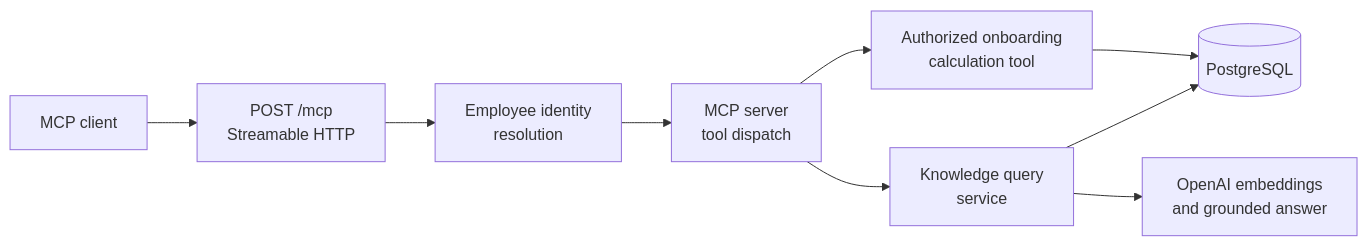
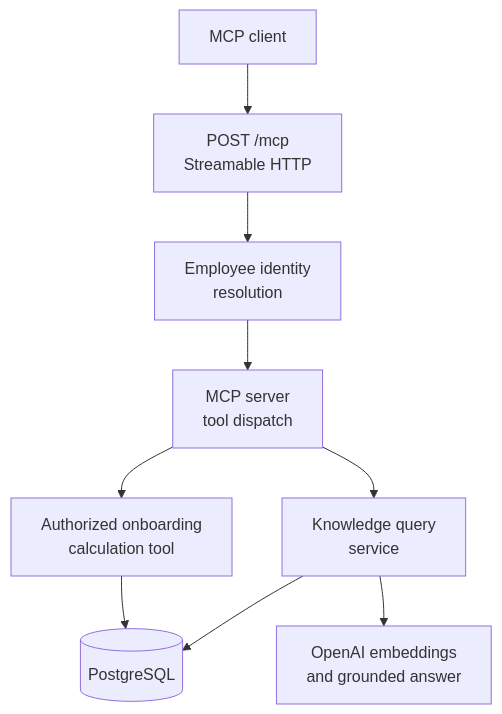
One commit to ramioooz/hcm-agentic-llmops changed the first of 2 diagrams in docs/mcp.md. Above: the diagram before and after it, drawn with Mermaid. The commit also changed 3 other files, not shown here.

````diff
--- a/docs/mcp.md
+++ b/docs/mcp.md
@@ -46,11 +46,11 @@
 ```mermaid
-flowchart LR
+flowchart TD
     CLIENT["MCP client"] --> MCP["POST /mcp<br/>Streamable HTTP"]
     MCP --> ID["Employee identity<br/>resolution"]
     ID --> SDK["MCP server<br/>tool dispatch"]
     SDK --> ONBOARD["Authorized onboarding<br/>calculation tool"]
     SDK --> KNOWLEDGE["Knowledge query<br/>service"]
     ONBOARD --> DB[("PostgreSQL")]
     KNOWLEDGE --> DB
     KNOWLEDGE --> OPENAI["OpenAI embeddings<br/>and grounded answer"]
 ```
````
